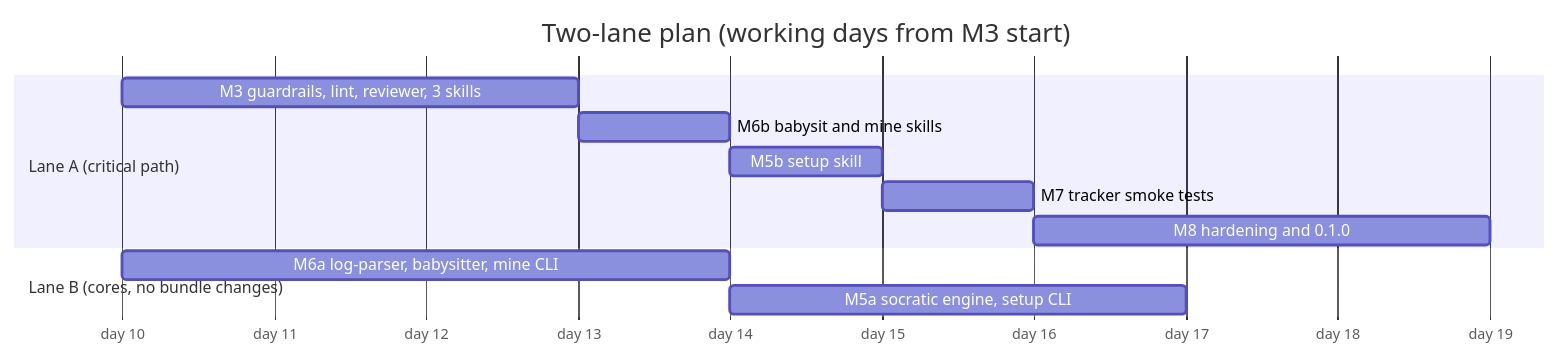
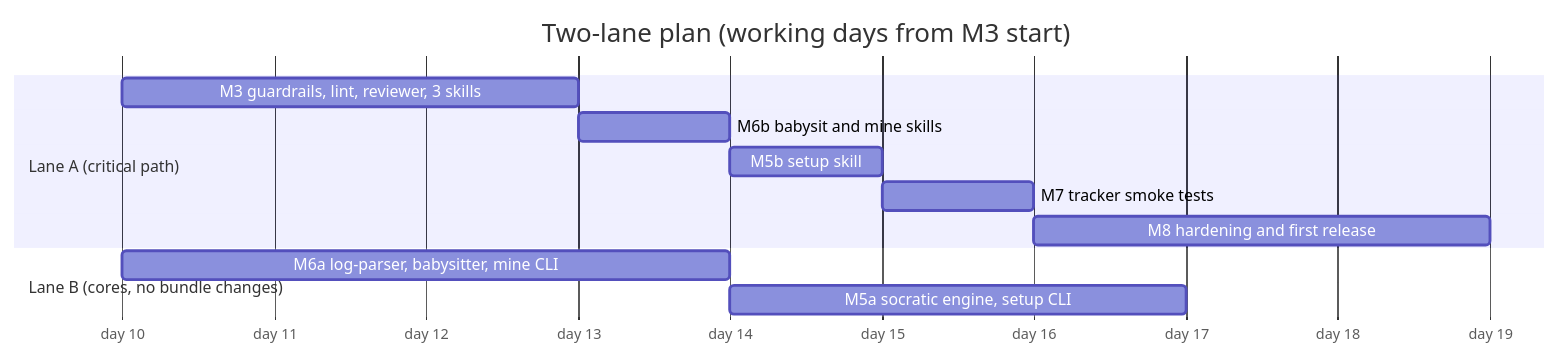
Before and after one commit to robert-nagy/sentinel: the second of 2 diagrams in docs/PLAN.md, drawn with Mermaid. The commit also changed other lines of this file and 1 other file, not shown here.

````diff
--- a/docs/PLAN.md
+++ b/docs/PLAN.md
@@ -493,15 +493,15 @@
 ```mermaid
 gantt
   title Two-lane plan (working days from M3 start)
   dateFormat YYYY-MM-DD
   axisFormat day %d
   section Lane A (critical path)
   M3 guardrails, lint, reviewer, 3 skills :a1, 2026-11-10, 3d
   M6b babysit and mine skills            :a2, after a1, 1d
   M5b setup skill                        :a3, after a2, 1d
   M7 tracker smoke tests                 :a4, after a3, 1d
-  M8 hardening and 0.1.0                 :a5, after a4, 3d
+  M8 hardening and first release         :a5, after a4, 3d
   section Lane B (cores, no bundle changes)
   M6a log-parser, babysitter, mine CLI   :b1, 2026-11-10, 4d
   M5a socratic engine, setup CLI         :b2, after b1, 3d
 ```
````
